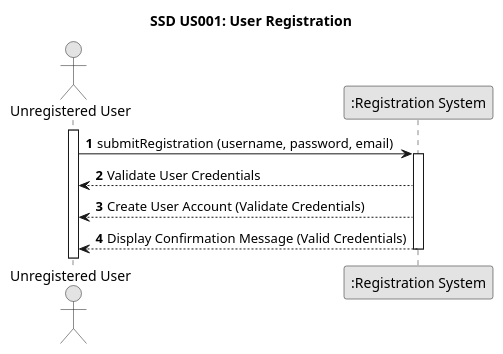
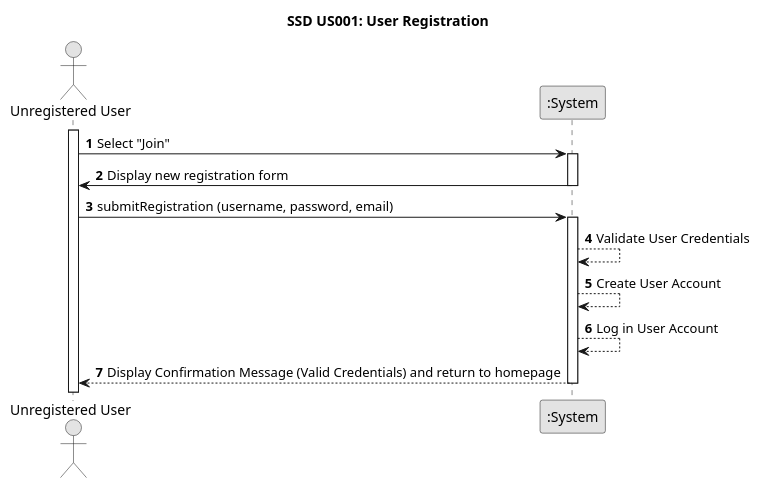
Before and after one commit to TiagoMagalhaes1232507/Testando-projeto: the diagram in docs/sprint01/us001/01.requirements-engineering/puml/us001-system-sequence-diagram.puml, drawn with PlantUML. The commit also changed 4 other files, not shown here.

```diff
--- a/docs/sprint01/us001/01.requirements-engineering/puml/us001-system-sequence-diagram.puml
+++ b/docs/sprint01/us001/01.requirements-engineering/puml/us001-system-sequence-diagram.puml
@@ -1,25 +1,33 @@
-@startuml
+@startuml System Sequence Diagram (SSD)
 skinparam monochrome true
 skinparam packageStyle rectangle
 skinparam shadowing false
 
-title SSD US001: User Registration 
+title SSD US001: User Registration
 
 autonumber
 
 actor "Unregistered User" as User
-participant ":Registration System" as System
+participant ":System" as System
 
 activate User
 
-    User -> System : submitRegistration (username, password, email)
-    activate System
+User -> System : Select "Join"
+activate System
 
-        System --> User : Validate User Credentials
-    
-        System --> User : Create User Account (Validate Credentials)
-    
-        System --> User : Display Confirmation Message (Valid Credentials)
-           
-    deactivate System
+System -> User : Display new registration form
+deactivate System
+
+User -> System : submitRegistration (username, password, email)
+activate System
+
+System --> System : Validate User Credentials
+
+System --> System : Create User Account
+
+System --> System : Log in User Account
+
+System --> User : Display Confirmation Message (Valid Credentials) and return to homepage
+
+deactivate System
 @enduml
```
